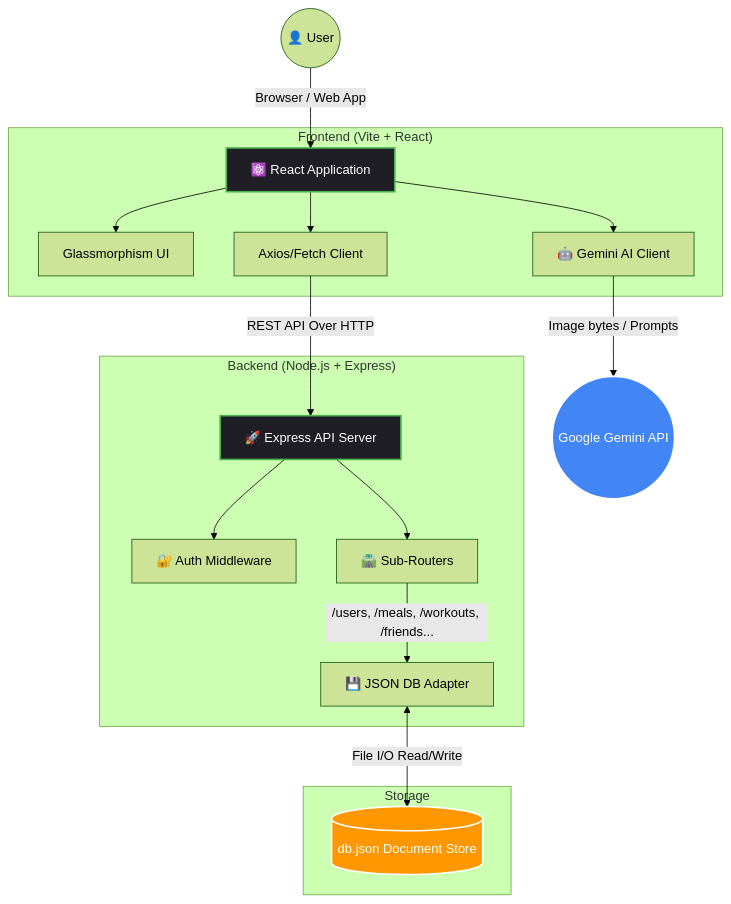
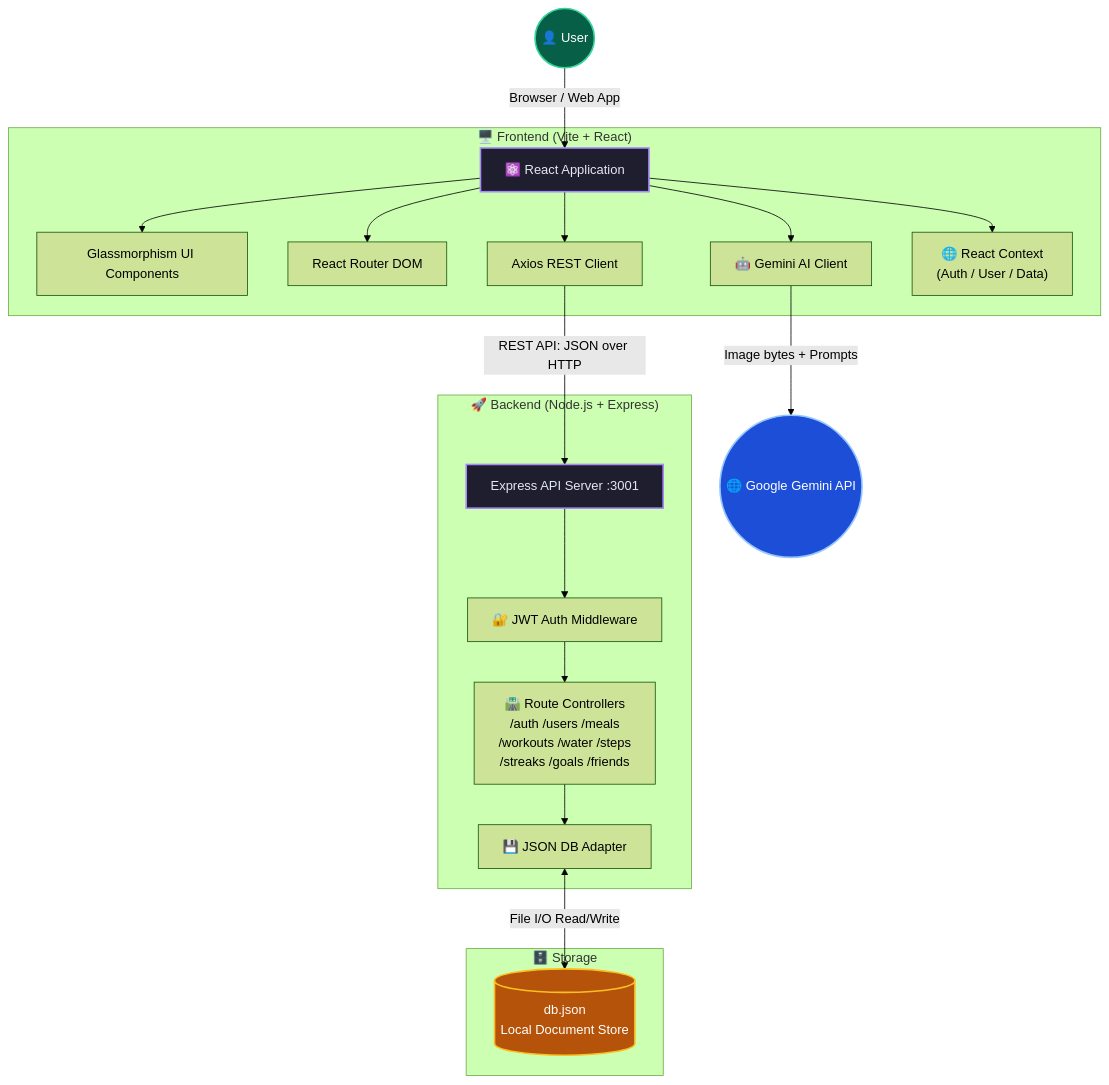
One commit to Srijith004/Fit-AI changed the first of 7 diagrams in README.md. Above: the diagram before and after it, drawn with Mermaid (forest theme). The commit also changed other lines of this file, not shown here.

Commit message:
docs: enhance README with detailed flow diagrams and GitHub links

````diff
--- a/README.md
+++ b/README.md
@@ -30,50 +38,56 @@
 ```mermaid
 graph TD
     %% User Interaction
     User((👤 User)) --> |Browser / Web App| Frontend
 
     %% Frontend Stack
-    subgraph "Frontend (Vite + React)"
+    subgraph "🖥️ Frontend (Vite + React)"
         Frontend[⚛️ React Application]
-        UI[Glassmorphism UI]
-        API_Client[Axios/Fetch Client]
-        Gemini[🤖 Gemini AI Client]
-        
+        UI[Glassmorphism UI Components]
+        Router_FE[React Router DOM]
+        API_Client[Axios REST Client]
+        GeminiClient[🤖 Gemini AI Client]
+        ContextStore["🌐 React Context\n(Auth / User / Data)"]
+
         Frontend --> UI
+        Frontend --> Router_FE
         Frontend --> API_Client
-        Frontend --> Gemini
+        Frontend --> GeminiClient
+        Frontend --> ContextStore
     end
 
     %% External APIs
-    Gemini --> |Image bytes / Prompts| External_Gemini((Google Gemini API))
+    GeminiClient --> |Image bytes + Prompts| Gemini_API((🌐 Google Gemini API))
 
     %% Backend Stack
-    subgraph "Backend (Node.js + Express)"
-        Backend[🚀 Express API Server]
-        Auth[🔐 Auth Middleware]
-        Router[🛣️ Sub-Routers]
+    subgraph "🚀 Backend (Node.js + Express)"
+        Backend[Express API Server :3001]
+        Auth_MW[🔐 JWT Auth Middleware]
+        Routes["🛣️ Route Controllers\n/auth /users /meals\n/workouts /water /steps\n/streaks /goals /friends"]
         DB_Adapter[💾 JSON DB Adapter]
 
-        Backend --> Auth
-        Backend --> Router
-        Router --> |/users, /meals, /workouts, /friends...| DB_Adapter
+        Backend --> Auth_MW
+        Auth_MW --> Routes
+        Routes --> DB_Adapter
     end
 
-    %% Network Connection
-    API_Client --> |REST API Over HTTP| Backend
+    %% Connections
+    API_Client --> |REST API: JSON over HTTP| Backend
 
     %% Data Storage
-    subgraph "Storage"
-        DB[(db.json Document Store)]
+    subgraph "🗄️ Storage"
+        DB[(db.json\nLocal Document Store)]
         DB_Adapter <--> |File I/O Read/Write| DB
     end
 
     %% Styles
-    classDef main fill:#1e1e24,stroke:#4caf50,stroke-width:2px,color:white;
-    classDef external fill:#4285F4,stroke:#fff,stroke-width:2px,color:white;
-    classDef db fill:#ff9800,stroke:#fff,stroke-width:2px,color:white;
-    
+    classDef main fill:#1e1e2e,stroke:#a78bfa,stroke-width:2px,color:#e2e8f0;
+    classDef external fill:#1d4ed8,stroke:#93c5fd,stroke-width:2px,color:white;
+    classDef db fill:#b45309,stroke:#fbbf24,stroke-width:2px,color:white;
+    classDef user fill:#065f46,stroke:#34d399,stroke-width:2px,color:white;
+
     class Frontend,Backend main;
-    class External_Gemini external;
+    class Gemini_API external;
     class DB db;
+    class User user;
 ```
````
